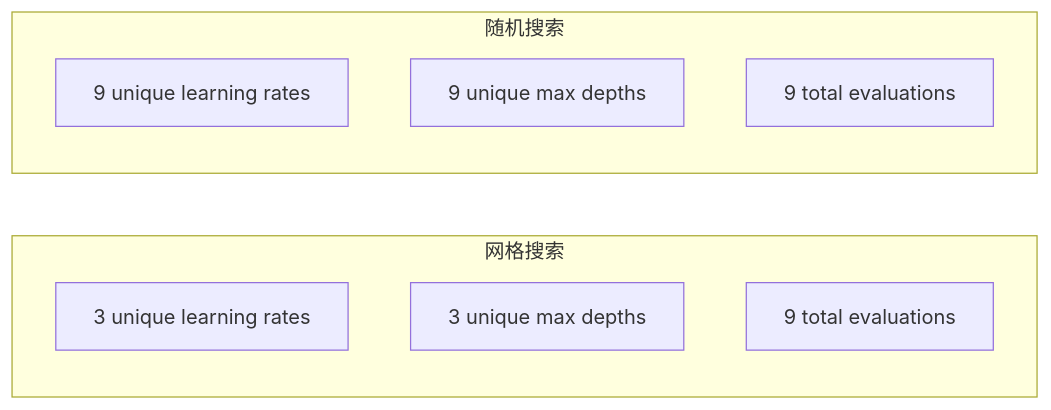
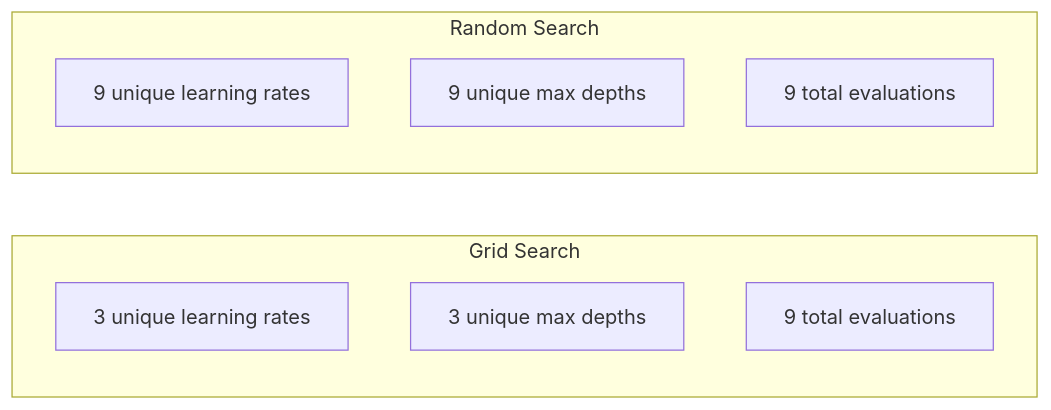
One commit to arwei944/ai-engineering-from-scratch changed the first of 4 diagrams in phases/02-ml-fundamentals/12-hyperparameter-tuning/docs/zh.md. Above: the diagram before and after it, drawn with Mermaid. The commit also changed other lines of this file and 65 other files, not shown here.

````diff
--- a/phases/02-ml-fundamentals/12-hyperparameter-tuning/docs/zh.md
+++ b/phases/02-ml-fundamentals/12-hyperparameter-tuning/docs/zh.md
@@ -61,14 +61,14 @@
 ```mermaid
 flowchart LR
-    subgraph 网格搜索
+    subgraph Grid Search
         G1[3 unique learning rates]
         G2[3 unique max depths]
         G3[9 total evaluations]
     end
 
-    subgraph 随机搜索
+    subgraph Random Search
         R1[9 unique learning rates]
         R2[9 unique max depths]
         R3[9 total evaluations]
     end
 ```
````
